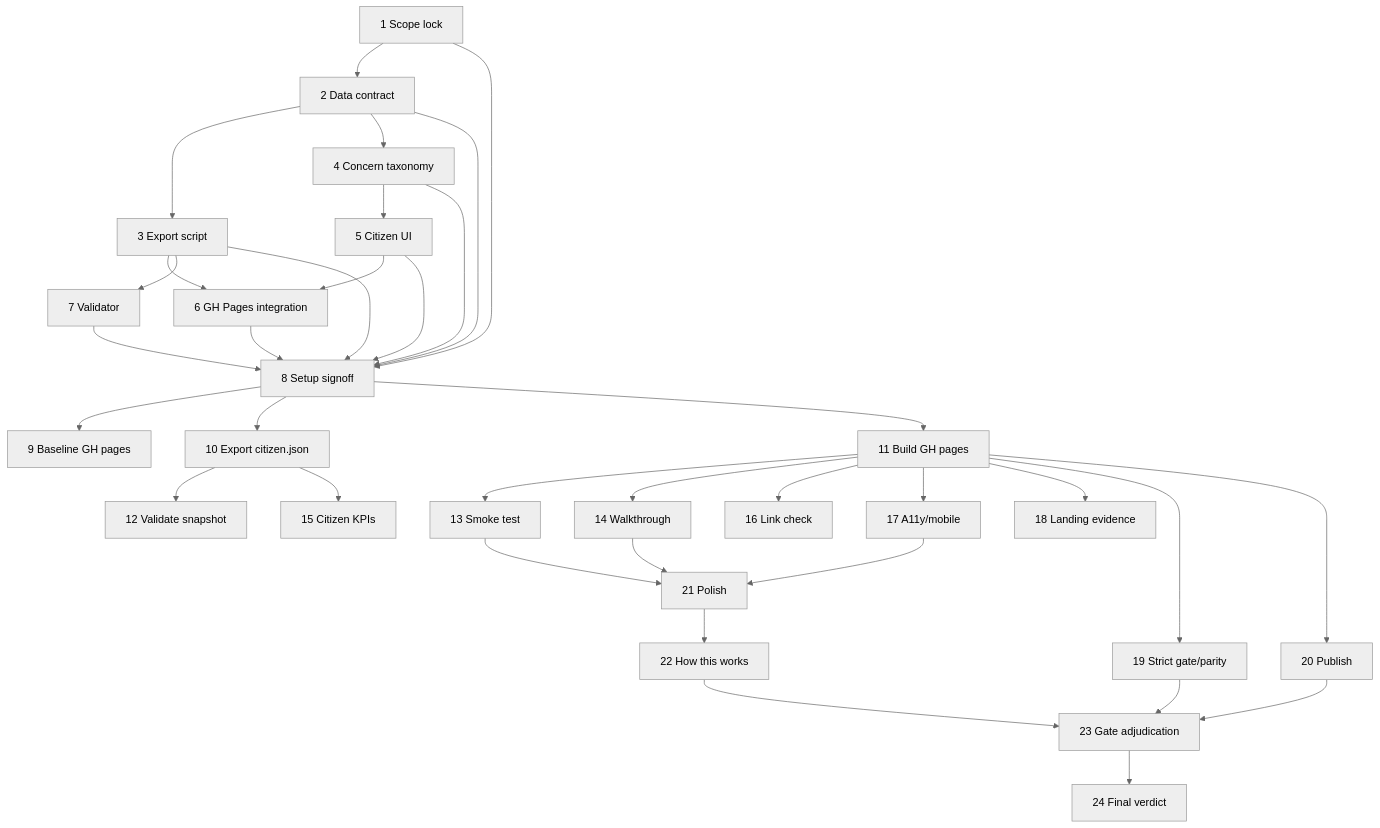
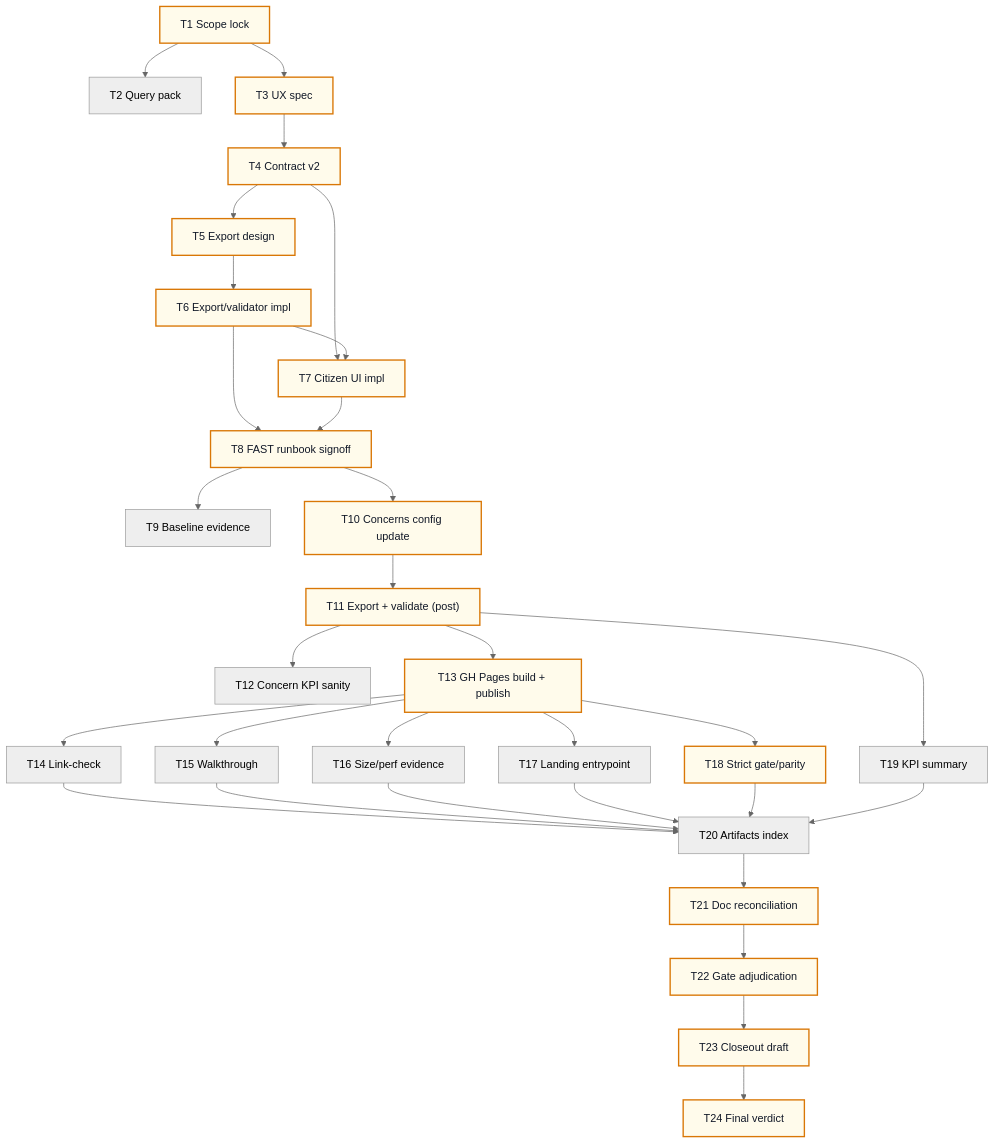
The diagram in docs/etl/sprints/AI-OPS-17/sprint-ai-agents.md (gsusI/vota-con-la-chola), drawn with Mermaid (neutral theme) before and after one commit. The commit also changed other lines of this file and 196 other files, not shown here.

````diff
--- a/docs/etl/sprints/AI-OPS-17/sprint-ai-agents.md
+++ b/docs/etl/sprints/AI-OPS-17/sprint-ai-agents.md
@@ -923,39 +1000,39 @@
 ```mermaid
-flowchart TD
-  T1["1 Scope lock"] --> T2["2 Data contract"]
-  T2 --> T3["3 Export script"]
-  T2 --> T4["4 Concern taxonomy"]
-  T4 --> T5["5 Citizen UI"]
-  T3 --> T6["6 GH Pages integration"]
-  T5 --> T6
-  T3 --> T7["7 Validator"]
-  T1 --> T8["8 Setup signoff"]
-  T2 --> T8
-  T3 --> T8
-  T4 --> T8
-  T5 --> T8
-  T6 --> T8
+graph TD
+  classDef critical fill:#fffbeb,stroke:#d97706,stroke-width:2px,color:#111827;
+
+  T1["T1 Scope lock"] --> T2["T2 Query pack"]
+  T1 --> T3["T3 UX spec"]
+  T3 --> T4["T4 Contract v2"]
+  T4 --> T5["T5 Export design"]
+  T5 --> T6["T6 Export/validator impl"]
+  T4 --> T7["T7 Citizen UI impl"]
+  T6 --> T7
+  T6 --> T8["T8 FAST runbook signoff"]
   T7 --> T8
 
-  T8 --> T9["9 Baseline GH pages"]
-  T8 --> T10["10 Export citizen.json"]
-  T8 --> T11["11 Build GH pages"]
-  T10 --> T12["12 Validate snapshot"]
-  T11 --> T13["13 Smoke test"]
-  T11 --> T14["14 Walkthrough"]
-  T10 --> T15["15 Citizen KPIs"]
-  T11 --> T16["16 Link check"]
-  T11 --> T17["17 A11y/mobile"]
-  T11 --> T18["18 Landing evidence"]
-  T11 --> T19["19 Strict gate/parity"]
-  T11 --> T20["20 Publish"]
+  T8 --> T9["T9 Baseline evidence"]
+  T8 --> T10["T10 Concerns config update"]
+  T10 --> T11["T11 Export + validate (post)"]
+  T11 --> T12["T12 Concern KPI sanity"]
+  T11 --> T13["T13 GH Pages build + publish"]
+  T13 --> T14["T14 Link-check"]
+  T13 --> T15["T15 Walkthrough"]
+  T13 --> T16["T16 Size/perf evidence"]
+  T13 --> T17["T17 Landing entrypoint"]
+  T13 --> T18["T18 Strict gate/parity"]
+  T11 --> T19["T19 KPI summary"]
+  T14 --> T20["T20 Artifacts index"]
+  T15 --> T20
+  T16 --> T20
+  T17 --> T20
+  T18 --> T20
+  T19 --> T20
 
-  T13 --> T21["21 Polish"]
-  T14 --> T21
-  T17 --> T21
-  T19 --> T23["23 Gate adjudication"]
-  T20 --> T23
-  T22["22 How this works"] --> T23
-  T21 --> T22
-  T23 --> T24["24 Final verdict"]
+  T20 --> T21["T21 Doc reconciliation"]
+  T21 --> T22["T22 Gate adjudication"]
+  T22 --> T23["T23 Closeout draft"]
+  T23 --> T24["T24 Final verdict"]
+
+  class T1,T3,T4,T5,T6,T7,T8,T10,T11,T13,T18,T21,T22,T23,T24 critical;
 ```
````
